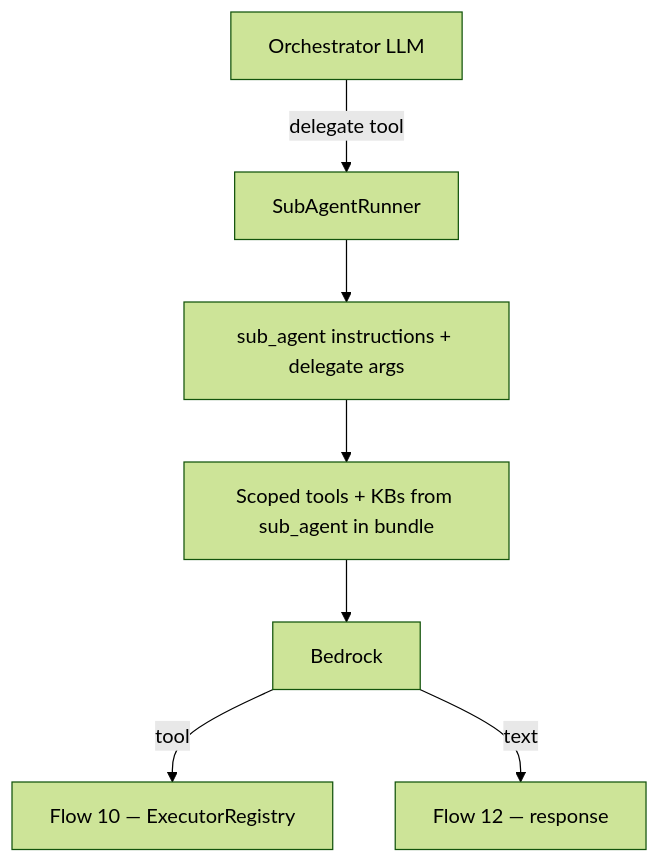
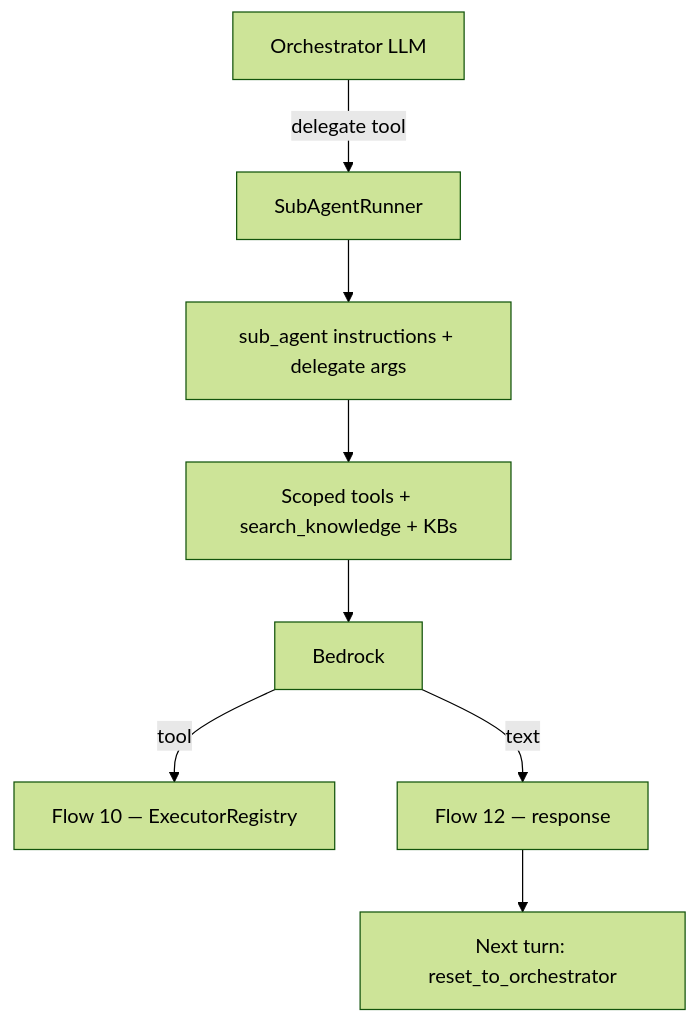
The first of 2 diagrams in backend/document/chat/02-sub-agent-delegation-at-chat-diagrams.md (shehan-jayasinghe/bot-builder), drawn with Mermaid (forest theme) before and after one commit. The commit also changed other lines of this file and 37 other files, not shown here.

Commit message:
feat: implement search knowledge tool and update agentic migration phases

````diff
--- a/backend/document/chat/02-sub-agent-delegation-at-chat-diagrams.md
+++ b/backend/document/chat/02-sub-agent-delegation-at-chat-diagrams.md
@@ -17,10 +17,11 @@
 ```mermaid
 flowchart TB
     ORCH[Orchestrator LLM]
     ORCH -->|delegate tool| DELEG[SubAgentRunner]
     DELEG --> PROMPT[sub_agent instructions + delegate args]
-    PROMPT --> SCOPE[Scoped tools + KBs from sub_agent in bundle]
+    PROMPT --> SCOPE[Scoped tools + search_knowledge + KBs]
     SCOPE --> LLM[Bedrock]
     LLM -->|tool| EXEC[Flow 10 — ExecutorRegistry]
     LLM -->|text| REPLY[Flow 12 — response]
+    REPLY --> RESET[Next turn: reset_to_orchestrator]
 ```
````
